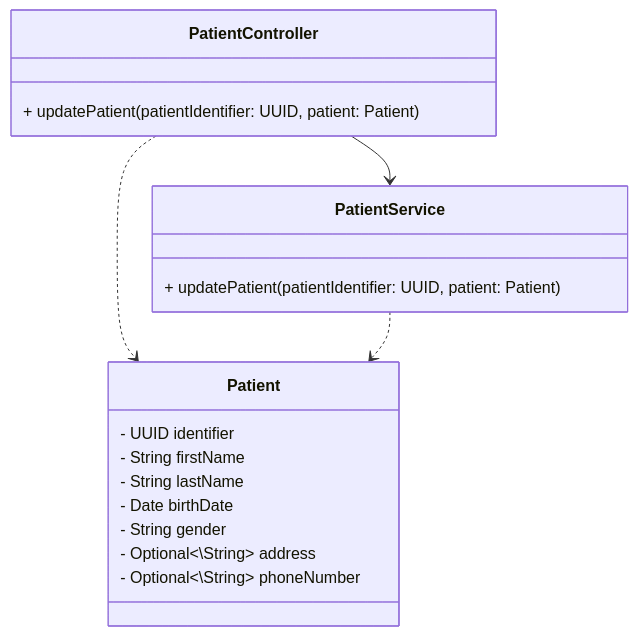
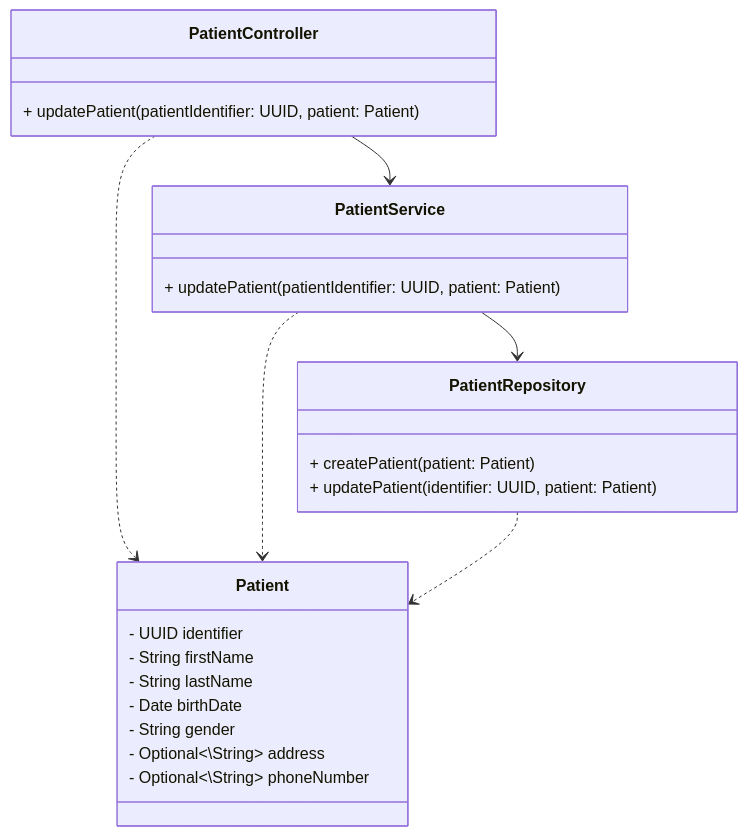
The diagram in medilab/backend/doc/design.md (Swymn/VENTURE-Ugo-P9-Java), drawn with Mermaid before and after one commit. The commit also changed 12 other files, not shown here.

Commit message:
implement patient repository

````diff
--- a/medilab/backend/doc/design.md
+++ b/medilab/backend/doc/design.md
@@ -3,26 +3,33 @@
 ```mermaid
 classDiagram
     class PatientController {
         + updatePatient(patientIdentifier: UUID, patient: Patient)
     }
 
     class PatientService {
         + updatePatient(patientIdentifier: UUID, patient: Patient)
+    }
+
+    class PatientRepository {
+        + createPatient(patient: Patient)
+        + updatePatient(identifier: UUID, patient: Patient)
     }
 
     class Patient {
         - UUID identifier
         - String firstName
         - String lastName
         - Date birthDate
         - String gender
         - Optional<\String> address
         - Optional<\String> phoneNumber
     }
 
     PatientController --> PatientService
+    PatientService --> PatientRepository
 
     PatientController ..> Patient
     PatientService ..> Patient
+    PatientRepository ..> Patient
 
 ```
````
